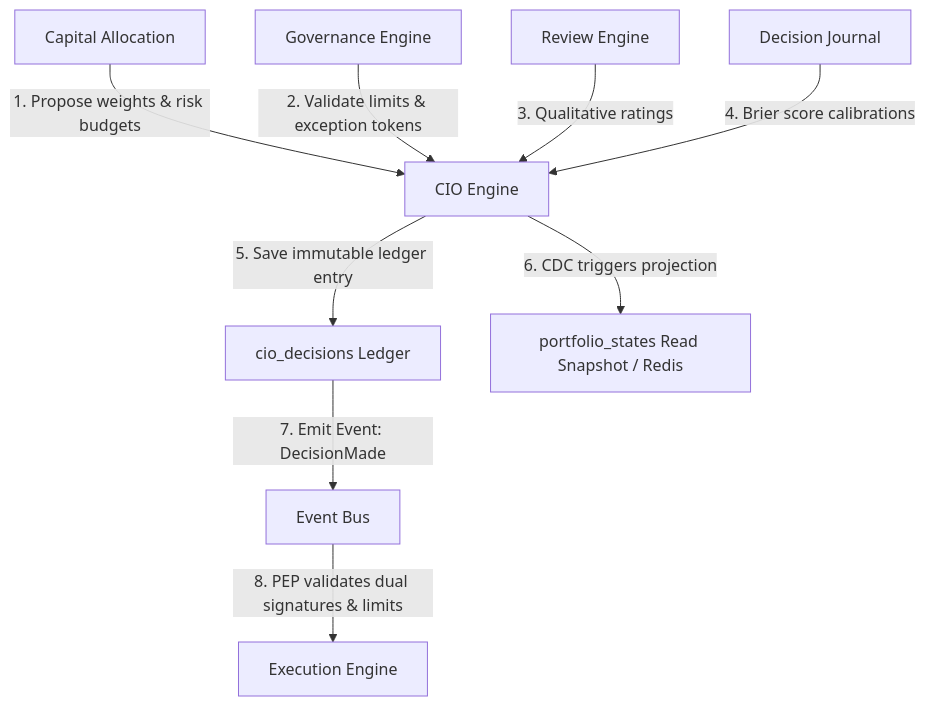
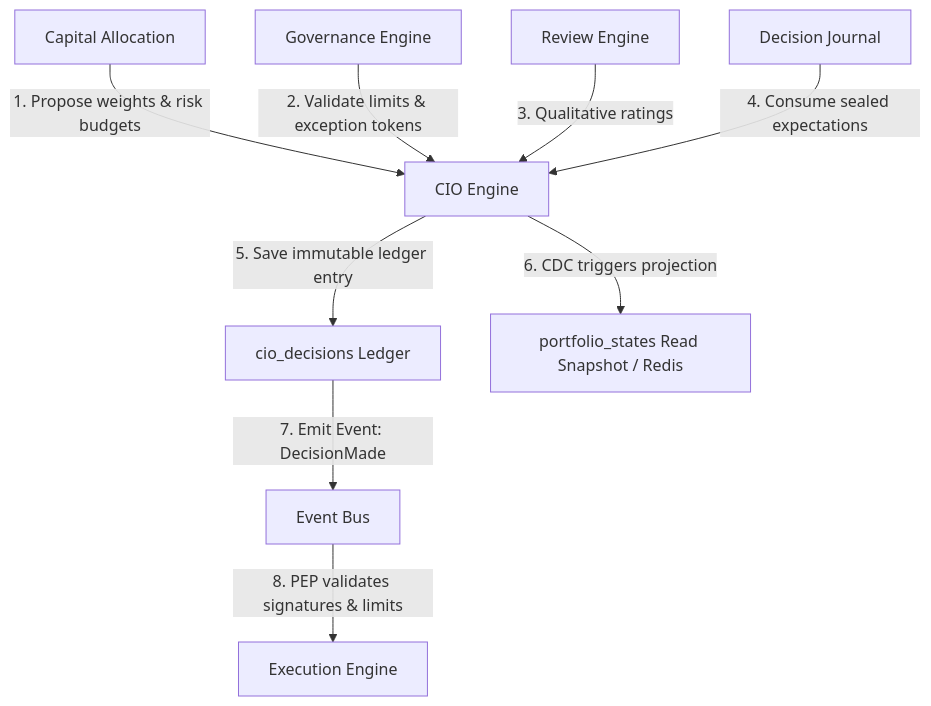
Before and after one commit to skeithnight/karsa: the first of 3 diagrams in docs/architecture/22-cio-engine.md, drawn with Mermaid. The commit also changed other lines of this file and 22 other files, not shown here.

First line of the commit message:
Implement CIO Decision Management System with PostgreSQL Integration

````diff
--- a/docs/architecture/22-cio-engine.md
+++ b/docs/architecture/22-cio-engine.md
@@ -34,13 +37,13 @@
 ```mermaid
 graph TD
     CA[Capital Allocation] -->|1. Propose weights & risk budgets| CIO[CIO Engine]
     GE[Governance Engine] -->|2. Validate limits & exception tokens| CIO
     RE[Review Engine] -->|3. Qualitative ratings| CIO
-    DJ[Decision Journal] -->|4. Brier score calibrations| CIO
+    DJ[Decision Journal] -->|4. Consume sealed expectations| CIO
     
     CIO -->|5. Save immutable ledger entry| AP[cio_decisions Ledger]
     CIO -->|6. CDC triggers projection| PS[portfolio_states Read Snapshot / Redis]
     
     AP -->|7. Emit Event: DecisionMade| Bus[Event Bus]
-    Bus -->|8. PEP validates dual signatures & limits| EE[Execution Engine]
+    Bus -->|8. PEP validates signatures & limits| EE[Execution Engine]
 ```
````
